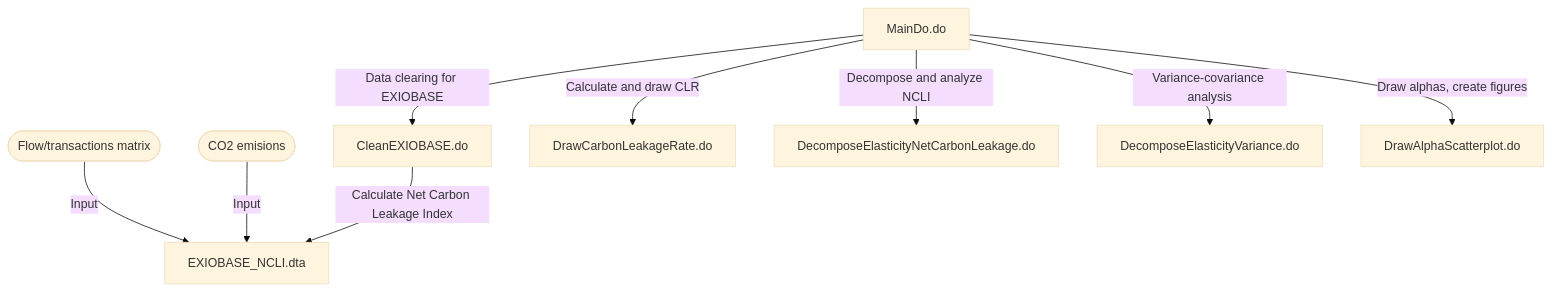
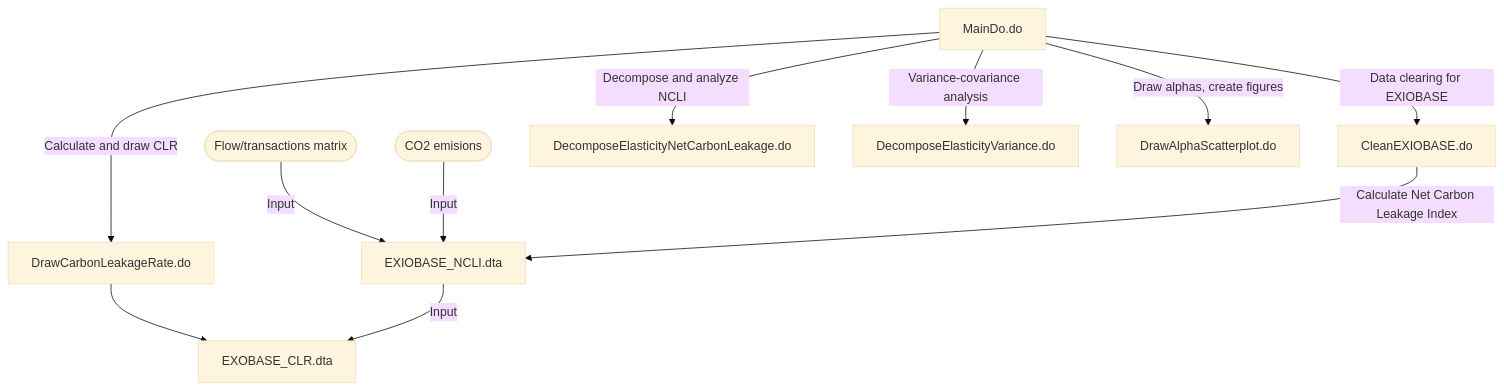
One commit to AkariOno/Trade_Carbon changed the diagram in README.md. Above: the diagram before and after it, drawn with Mermaid (base theme).

````diff
--- a/README.md
+++ b/README.md
@@ -17,11 +17,13 @@
 ```mermaid
 graph TD;
     A[MainDo.do] --> |Data clearing for EXIOBASE|B[CleanEXIOBASE.do]
     C([Flow/transactions matrix]) --> |Input|D[EXIOBASE_NCLI.dta]
     E([CO2 emisions]) --> |Input|D
     B --> |Calculate Net Carbon Leakage Index|D
     A --> |Calculate and draw CLR|F[DrawCarbonLeakageRate.do]
     A --> |Decompose and analyze NCLI|G[DecomposeElasticityNetCarbonLeakage.do]
     A --> |Variance-covariance analysis|H[DecomposeElasticityVariance.do]
     A --> |Draw alphas, create figures|I[DrawAlphaScatterplot.do]
+    F --> J[EXOBASE_CLR.dta]
+    D --> |Input|J
 ```
````
